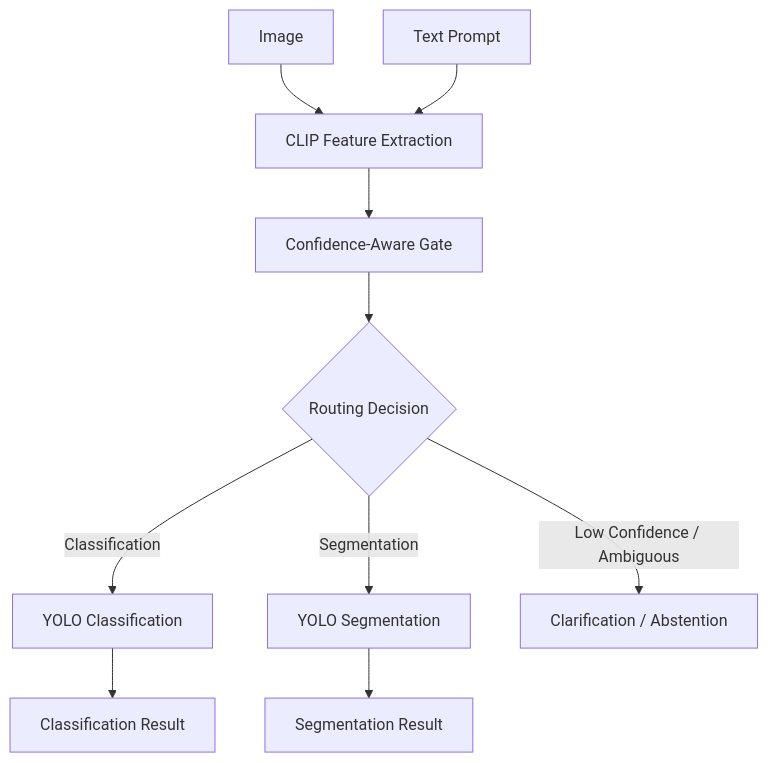
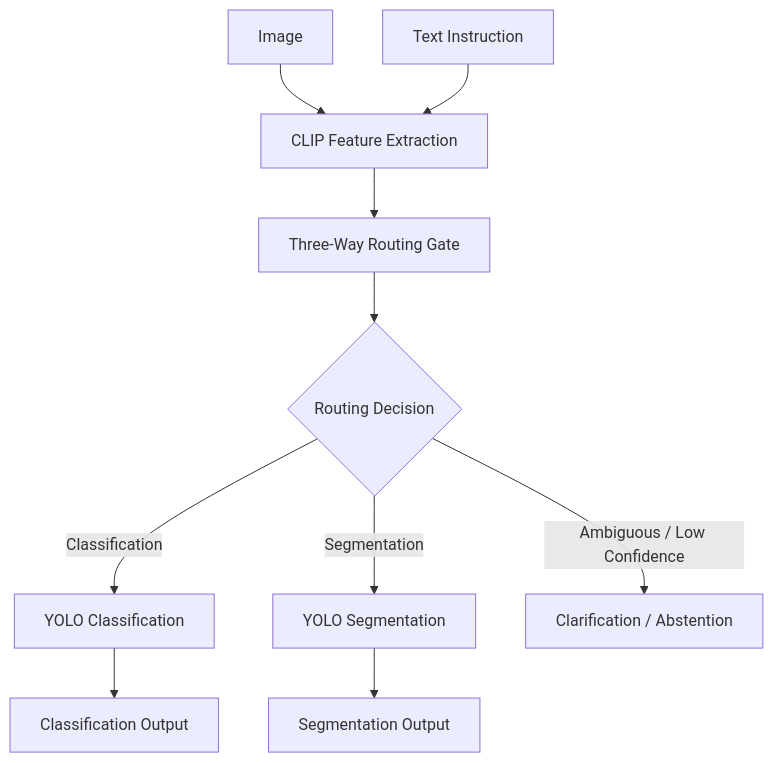
One commit to christymanthara/MoE-cls-seg changed the third of 4 diagrams in README.md. Above: the diagram before and after it, drawn with Mermaid. The commit also changed other lines of this file and 1 other file, not shown here.

````diff
--- a/README.md
+++ b/README.md
@@ -109,12 +142,12 @@
 ```mermaid
 flowchart TD
     A[Image] --> C[CLIP Feature Extraction]
-    B[Text Prompt] --> C
-    C --> D[Confidence-Aware Gate]
+    B[Text Instruction] --> C
+    C --> D[Three-Way Routing Gate]
     D --> E{Routing Decision}
     E -->|Classification| F[YOLO Classification]
     E -->|Segmentation| G[YOLO Segmentation]
-    E -->|Low Confidence / Ambiguous| H[Clarification / Abstention]
-    F --> I[Classification Result]
-    G --> J[Segmentation Result]
+    E -->|Ambiguous / Low Confidence| H[Clarification / Abstention]
+    F --> I[Classification Output]
+    G --> J[Segmentation Output]
 ```
````
